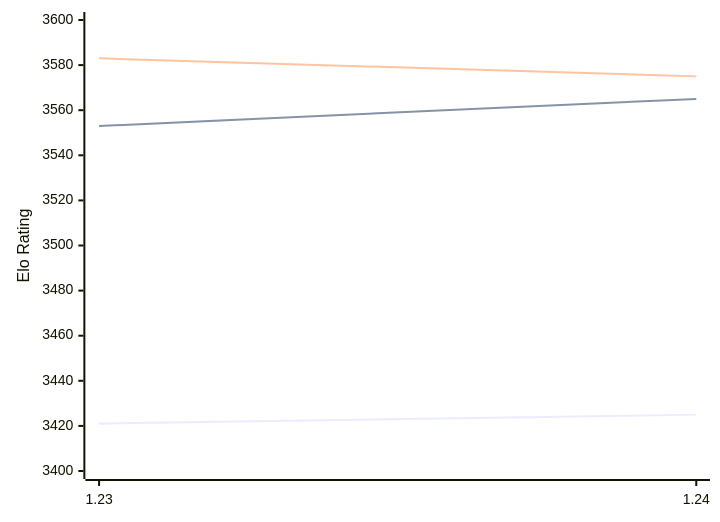
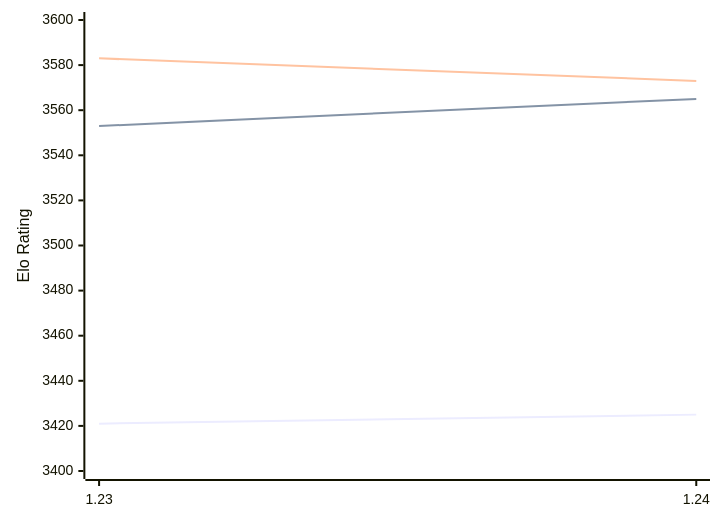
One commit to computer-chess-index/cci changed the diagram in engines/Caissa.md. Above: the diagram before and after it, drawn with Mermaid. The commit also changed other lines of this file, not shown here.

Commit message:
Update CCI Ratings (ELO VLTC) - 2026-02-13

````diff
--- a/engines/Caissa.md
+++ b/engines/Caissa.md
@@ -61,9 +61,9 @@
 ```mermaid
 %%{init: {"theme":"base","themeVariables":{"seriesColors:['#a3a3a3','#222221','#faa371']}}}%%
 xychart-beta
   x-axis ["1.23", "1.24"]
   y-axis "Elo Rating" 3400 --> 3600
   line "STC (8.0+0.08s)" [3421, 3425]
   line "LTC (60.0+0.60s)" [3553, 3565]
-  line "VLTC (2m24s+1.12s)" [3583, 3575]
+  line "VLTC (2m24s+1.12s)" [3583, 3573]
 ```
````
